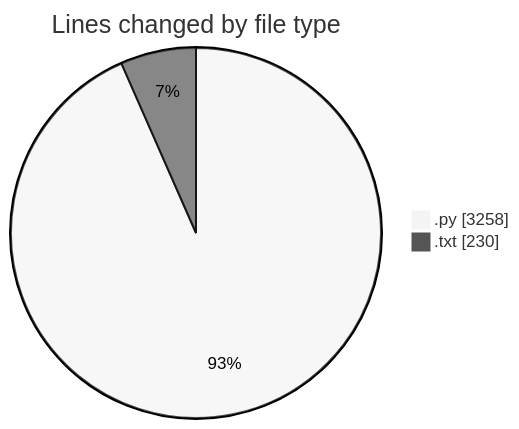
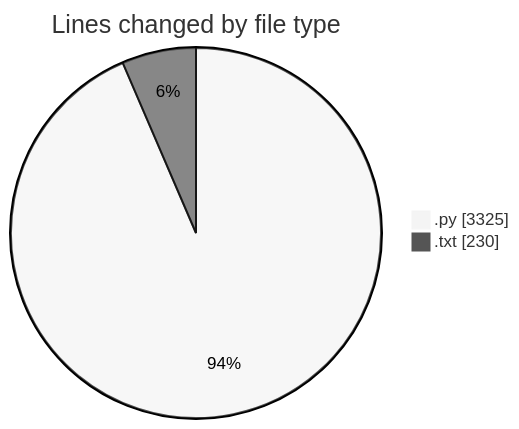
Before and after one commit to Ritupan-Deka/code-tracking: the first of 2 diagrams in 2025-05-26/zip_file/README.md, drawn with Mermaid (neutral theme). The commit also changed other lines of this file and 1 other file, not shown here.

````diff
--- a/2025-05-26/zip_file/README.md
+++ b/2025-05-26/zip_file/README.md
@@ -31,6 +31,6 @@
 ```mermaid
 pie showData
 title Lines changed by file type
-".py" : 3258
+".py" : 3325
 ".txt" : 230
 ```
````
